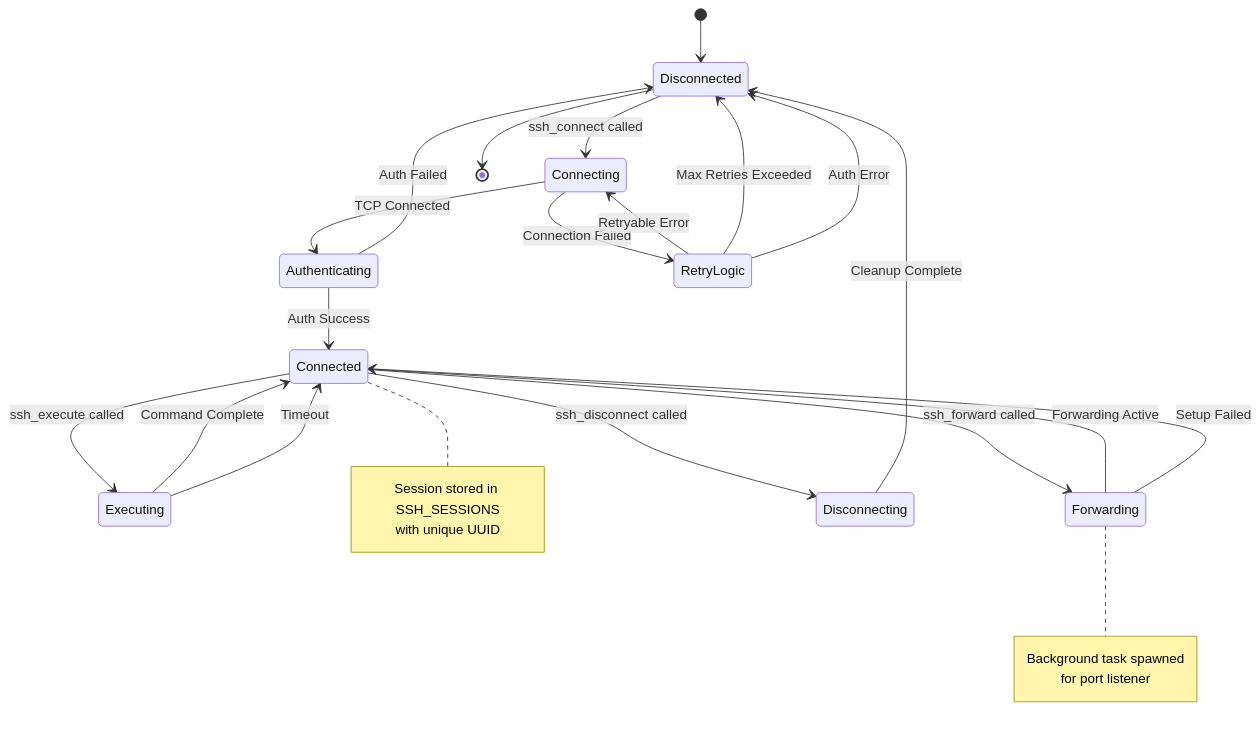
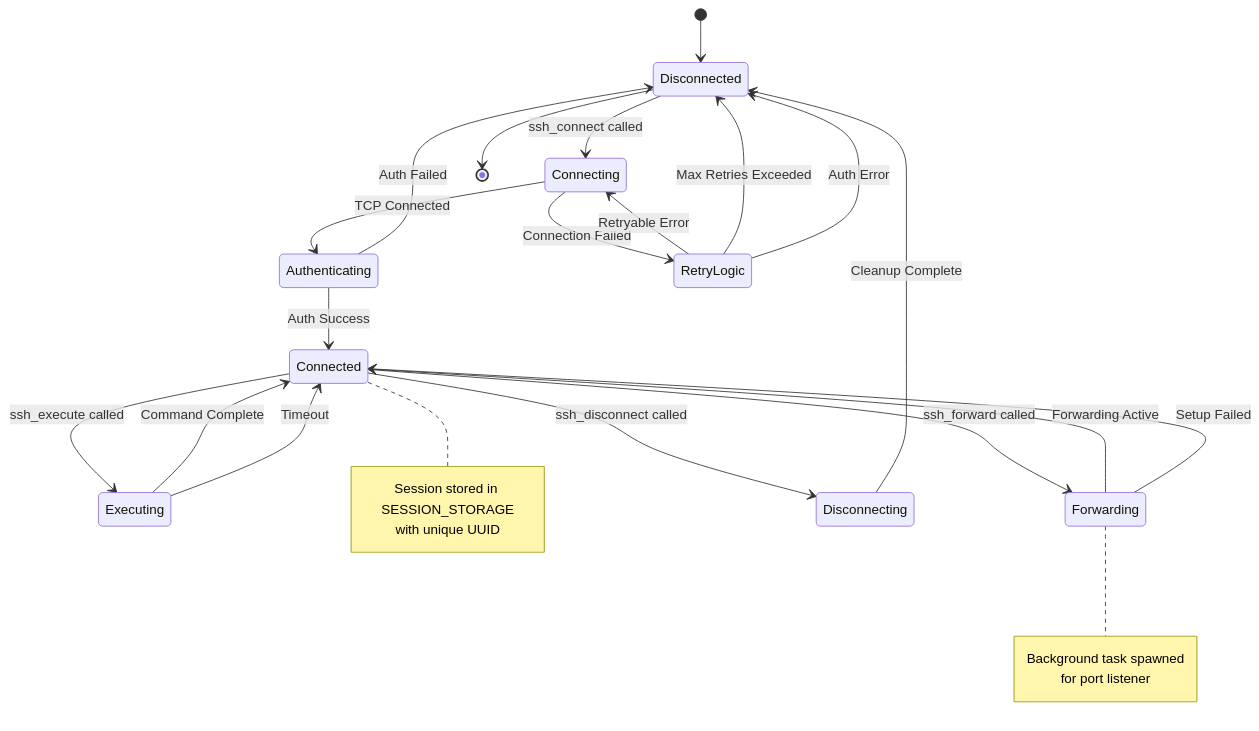
The first of 24 diagrams in docs/FLOWS.md (farchanjo/ssh-mcp), drawn with Mermaid before and after one commit. The commit also changed other lines of this file and 2 other files, not shown here.

````diff
--- a/docs/FLOWS.md
+++ b/docs/FLOWS.md
@@ -14,40 +14,40 @@
 ```mermaid
 stateDiagram-v2
     [*] --> Disconnected
 
     Disconnected --> Connecting: ssh_connect called
 
     Connecting --> Authenticating: TCP Connected
     Connecting --> RetryLogic: Connection Failed
 
     RetryLogic --> Connecting: Retryable Error
     RetryLogic --> Disconnected: Max Retries Exceeded
     RetryLogic --> Disconnected: Auth Error
 
     Authenticating --> Connected: Auth Success
     Authenticating --> Disconnected: Auth Failed
 
     Connected --> Executing: ssh_execute called
     Connected --> Forwarding: ssh_forward called
     Connected --> Disconnecting: ssh_disconnect called
 
     Executing --> Connected: Command Complete
     Executing --> Connected: Timeout
 
     Forwarding --> Connected: Forwarding Active
     Forwarding --> Connected: Setup Failed
 
     Disconnecting --> Disconnected: Cleanup Complete
 
     Disconnected --> [*]
 
     note right of Connected
-        Session stored in SSH_SESSIONS
+        Session stored in SESSION_STORAGE
         with unique UUID
     end note
 
     note right of Forwarding
         Background task spawned
         for port listener
     end note
 ```
````
